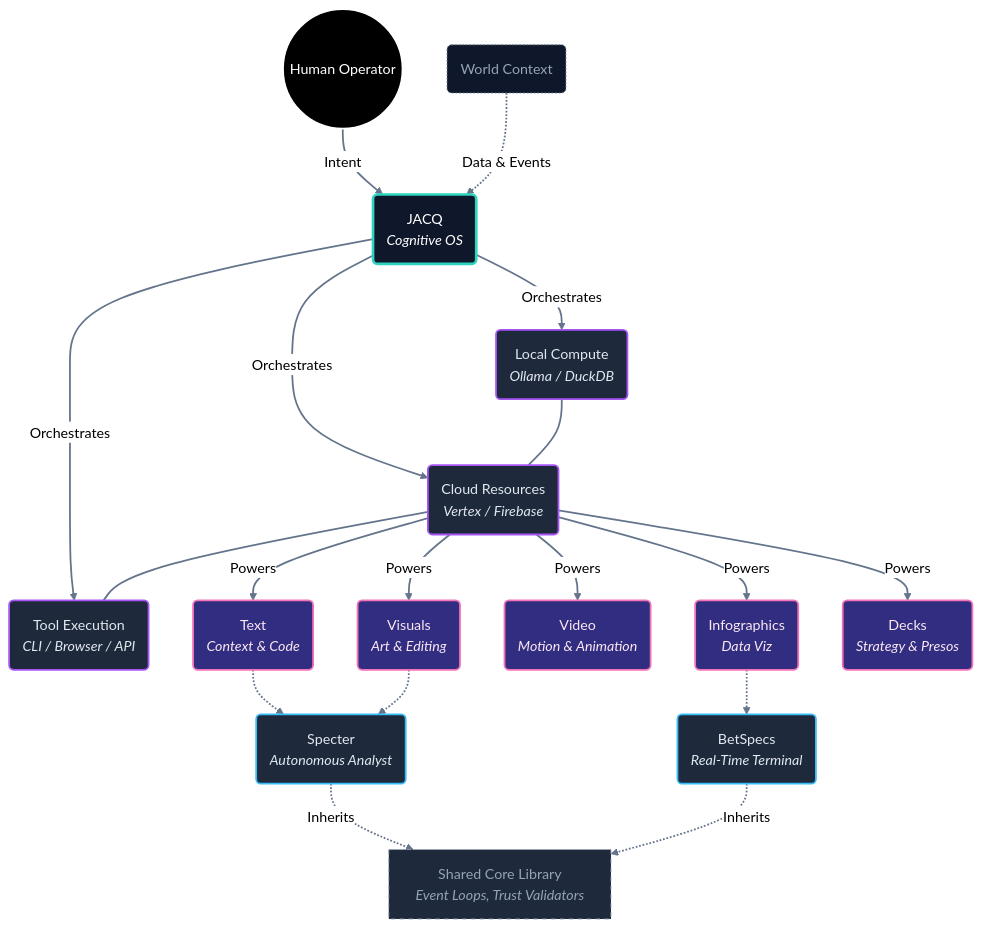
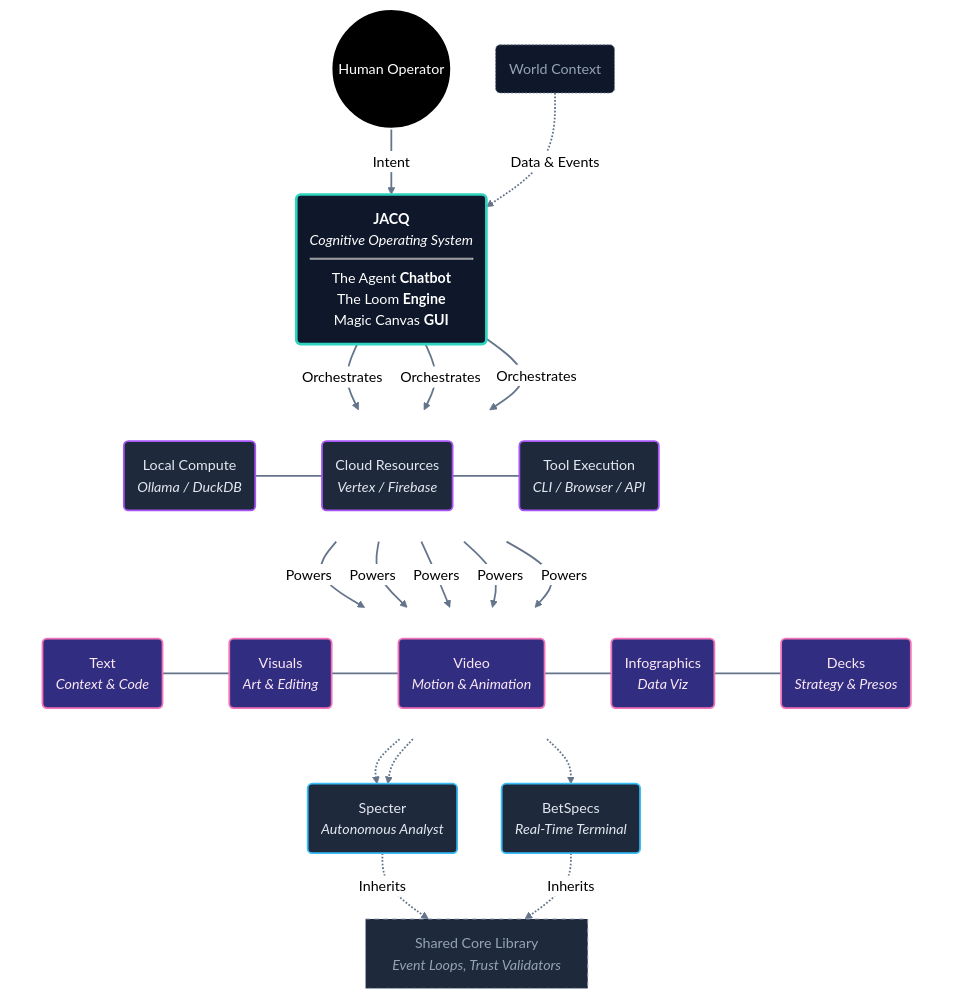
Before and after one commit to shifujosh/shifujosh: the diagram in assets/portfolio_ecosystem.mmd, drawn with Mermaid (neutral theme). The commit also changed 2 other files, not shown here.

Commit message:
style: update portfolio diagram (round 6 - expanded JACQ & alignment) & bust cache

```diff
--- a/assets/portfolio_ecosystem.mmd
+++ b/assets/portfolio_ecosystem.mmd
@@ -1,67 +1,85 @@
 graph TD
     %% Styling - Minimalist Dark Mode with Frontier Accents
+    %% Hub: Central OS
     classDef hub fill:#0f172a,stroke:#2dd4bf,stroke-width:3px,color:#fff;
+    %% App: End user applications
     classDef app fill:#1e293b,stroke:#38bdf8,stroke-width:2px,color:#e2e8f0;
+    %% Infra: Orchestration layer
     classDef infra fill:#1e293b,stroke:#a855f7,stroke-width:2px,color:#e2e8f0;
+    %% Shared: Libraries
     classDef shared fill:#1e293b,stroke:#94a3b8,stroke-width:1px,stroke-dasharray: 5 5,color:#94a3b8;
+    %% Actor: User
     classDef actor fill:#000000,stroke:#fff,stroke-width:2px,color:#fff;
+    %% Input: Context
     classDef input fill:#0f172a,stroke:#64748b,stroke-width:1px,color:#94a3b8,stroke-dasharray: 2 2;
-    
-    %% Frontier Capabilities Styling (Gradient-like emphasis)
+    %% Frontier: Multimodal outputs
     classDef frontier fill:#312e81,stroke:#f472b6,stroke-width:2px,color:#fce7f3;
 
     %% 1. Inputs - Top Level
     User((Human Operator)):::actor
     World(World Context):::input
 
-    %% 2. The Core
-    JACQ(JACQ <br/><i>Cognitive OS</i>):::hub
+    %% 2. The Core - Expanded Definition
+    %% Using a single rich node to avoid subgraph boxes while showing depth
+    JACQ(<b>JACQ</b><br/><i>Cognitive Operating System</i><hr/>The Agent <b>Chatbot</b><br/>The Loom <b>Engine</b><br/>Magic Canvas <b>GUI</b>):::hub
 
-    %% 3. Infrastructure Layer (Orchestration) - No Subgraph
-    Local(Local Compute<br/><i>Ollama / DuckDB</i>):::infra
-    Cloud(Cloud Resources<br/><i>Vertex / Firebase</i>):::infra
-    Tools(Tool Execution<br/><i>CLI / Browser / API</i>):::infra
+    %% 3. Infrastructure Layer (Orchestration) - Aligned via invisible rank
+    subgraph Orchestration [ ]
+        direction LR
+        style Orchestration fill:none,stroke:none
+        Local(Local Compute<br/><i>Ollama / DuckDB</i>):::infra
+        Cloud(Cloud Resources<br/><i>Vertex / Firebase</i>):::infra
+        Tools(Tool Execution<br/><i>CLI / Browser / API</i>):::infra
+    end
 
-    %% 4. Multimodal Output Engine (Frontier Capabilities) - No Subgraph
-    Text(Text<br/><i>Context & Code</i>):::frontier
-    Visuals(Visuals<br/><i>Art & Editing</i>):::frontier
-    Video(Video<br/><i>Motion & Animation</i>):::frontier
-    Info(Infographics<br/><i>Data Viz</i>):::frontier
-    Slides(Decks<br/><i>Strategy & Presos</i>):::frontier
+    %% 4. Multimodal Output Engine - Aligned via invisible rank
+    subgraph Outputs [ ]
+        direction LR
+        style Outputs fill:none,stroke:none
+        Text(Text<br/><i>Context & Code</i>):::frontier
+        Visuals(Visuals<br/><i>Art & Editing</i>):::frontier
+        Video(Video<br/><i>Motion & Animation</i>):::frontier
+        Info(Infographics<br/><i>Data Viz</i>):::frontier
+        Slides(Decks<br/><i>Strategy & Presos</i>):::frontier
+    end
 
     %% 5. The App Federation (Deployment)
     Specter(Specter<br/><i>Autonomous Analyst</i>):::app
     BetSpecs(BetSpecs<br/><i>Real-Time Terminal</i>):::app
     
     %% 6. DNA
     Patterns[Shared Core Library<br/><i>Event Loops, Trust Validators</i>]:::shared
 
     %% Connection Logic - Vertical Flow
     User ==>|Intent| JACQ
     World -.->|Data & Events| JACQ
     
+    %% JACQ to Infra
     JACQ ==>|Orchestrates| Local
     JACQ ==>|Orchestrates| Cloud
     JACQ ==>|Orchestrates| Tools
     
-    %% Visual Grouping via invisible links or order
+    %% Force Infra Alignment
     Local ~~~ Cloud ~~~ Tools
     
     %% Frontier Power
     Cloud ==>|Powers| Text
     Cloud ==>|Powers| Visuals
     Cloud ==>|Powers| Video
     Cloud ==>|Powers| Info
     Cloud ==>|Powers| Slides
+    
+    %% Force Output Alignment
+    Text ~~~ Visuals ~~~ Video ~~~ Info ~~~ Slides
     
     %% Outputs feeding Apps
     Text -.-> Specter
     Visuals -.-> Specter
     Info -.-> BetSpecs
     
     %% Patterns
     Specter -.->|Inherits| Patterns
     BetSpecs -.->|Inherits| Patterns
 
     %% Layout - Explicit Link Styling
     linkStyle default stroke-width:2px,fill:none,stroke:#64748b
```
